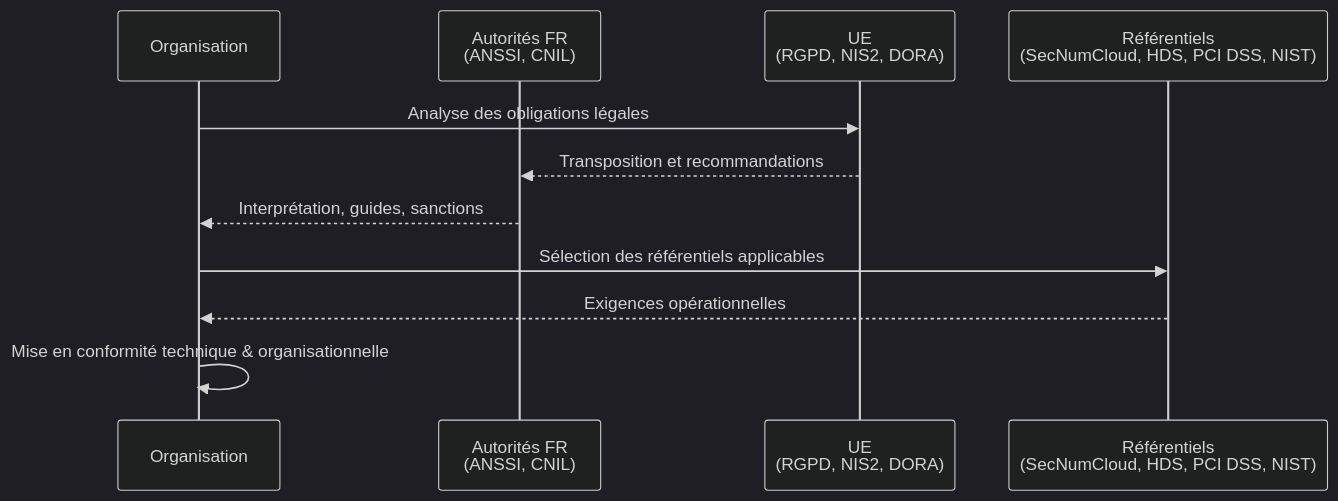
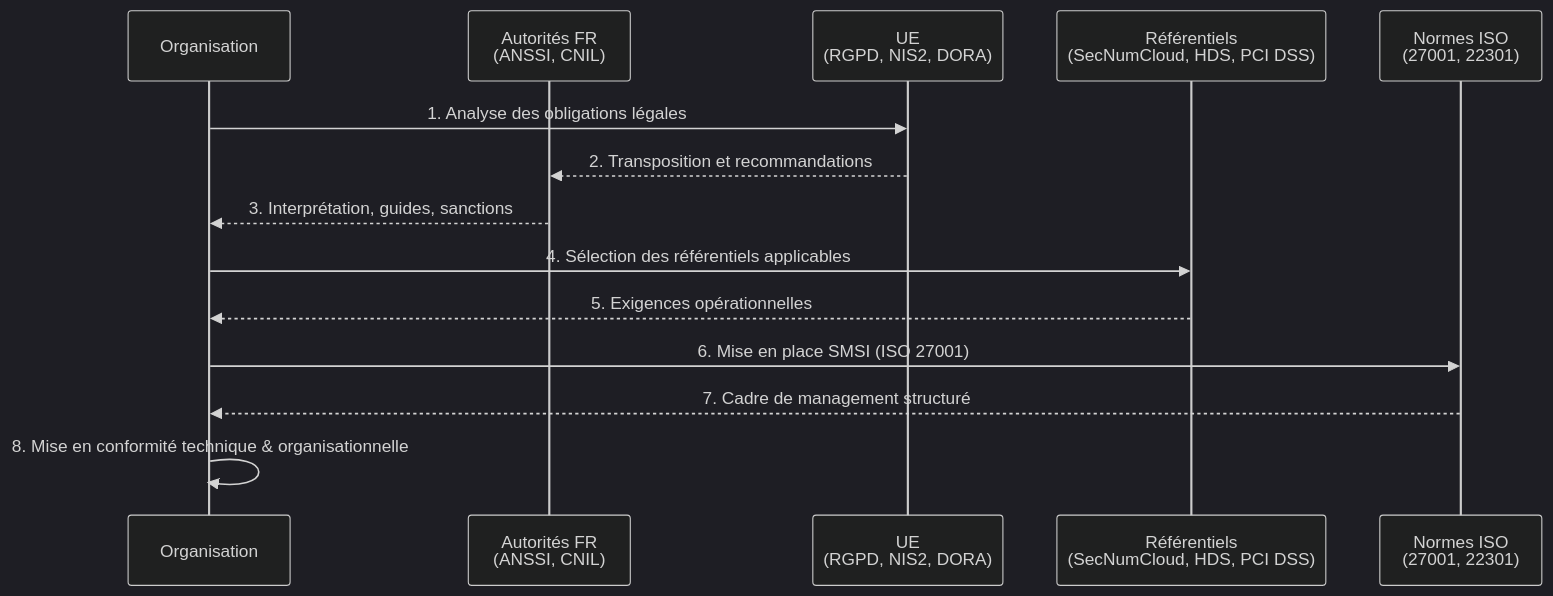
One commit to zyrass/omnydocs changed the diagram in docs/cyber/governance/refs-normes/index.md. Above: the diagram before and after it, drawn with Mermaid (dark theme). The commit also changed other lines of this file and 17 other files, not shown here.

````diff
--- a/docs/cyber/governance/refs-normes/index.md
+++ b/docs/cyber/governance/refs-normes/index.md
@@ -116,16 +85,20 @@
 ```mermaid
 sequenceDiagram
     participant Org as Organisation
     participant FR as Autorités FR<br/>(ANSSI, CNIL)
     participant EU as UE<br/>(RGPD, NIS2, DORA)
-    participant Ref as Référentiels<br/>(SecNumCloud, HDS, PCI DSS, NIST)
+    participant Ref as Référentiels<br/>(SecNumCloud, HDS, PCI DSS)
+    participant ISO as Normes ISO<br/>(27001, 22301)
 
-    Org->>EU: Analyse des obligations légales
-    EU-->>FR: Transposition et recommandations
-    FR-->>Org: Interprétation, guides, sanctions
+    Org->>EU: 1. Analyse des obligations légales
+    EU-->>FR: 2. Transposition et recommandations
+    FR-->>Org: 3. Interprétation, guides, sanctions
 
-    Org->>Ref: Sélection des référentiels applicables
-    Ref-->>Org: Exigences opérationnelles
+    Org->>Ref: 4. Sélection des référentiels applicables
+    Ref-->>Org: 5. Exigences opérationnelles
 
-    Org->>Org: Mise en conformité technique & organisationnelle
+    Org->>ISO: 6. Mise en place SMSI (ISO 27001)
+    ISO-->>Org: 7. Cadre de management structuré
+
+    Org->>Org: 8. Mise en conformité technique & organisationnelle
 ```
````
